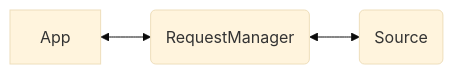
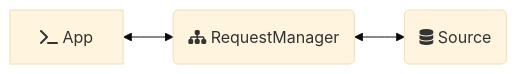
The first of 3 diagrams in packages/request/README.md (emberjs/data), drawn with Mermaid (base theme) before and after one commit. The commit also changed other lines of this file, not shown here.

````diff
--- a/packages/request/README.md
+++ b/packages/request/README.md
@@ -54,5 +55,5 @@
 ```mermaid
 flowchart LR
-    A[App] <--> B(RequestManager)
-    B <--> C(Source)
+    A[fa:fa-terminal App] <--> B(fa:fa-sitemap RequestManager)
+    B <--> C(fa:fa-database Source)
 ```
````
